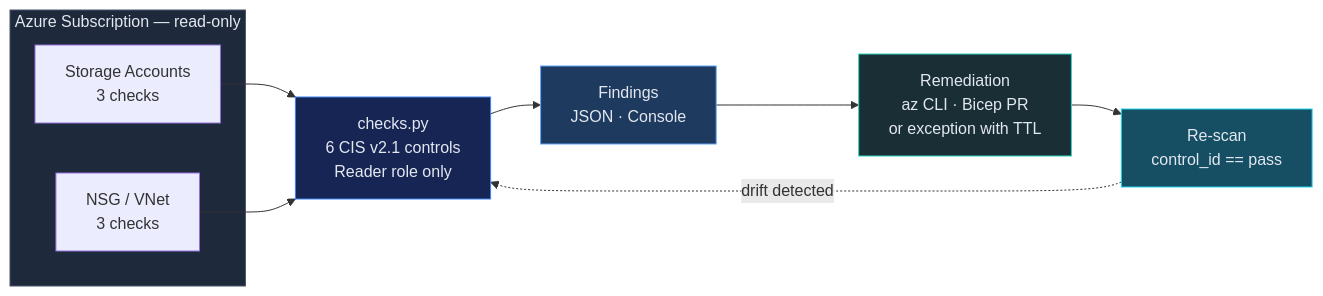
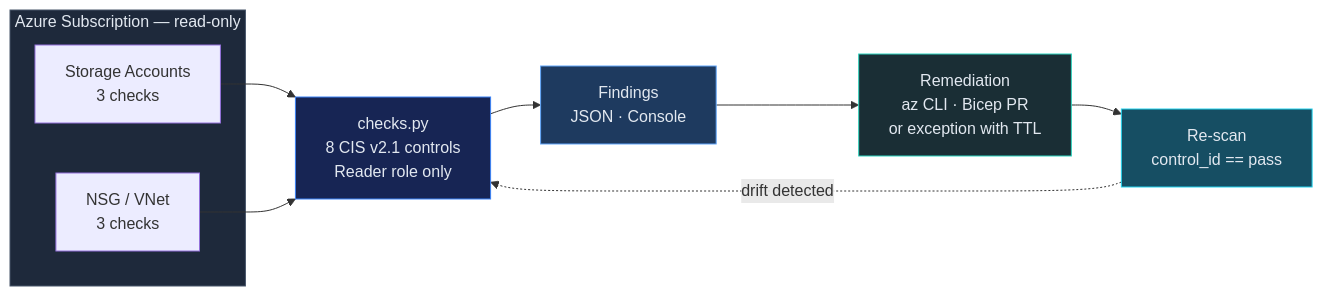
Before and after one commit to msaad00/cloud-ai-security-skills: the diagram in skills/evaluation/cspm-azure-cis-benchmark/SKILL.md, drawn with Mermaid. The commit also changed other lines of this file and 8 other files, not shown here.

````diff
--- a/skills/evaluation/cspm-azure-cis-benchmark/SKILL.md
+++ b/skills/evaluation/cspm-azure-cis-benchmark/SKILL.md
@@ -57,21 +57,21 @@
 ```mermaid
 flowchart LR
     subgraph AZ["Azure Subscription — read-only"]
         STOR["Storage Accounts<br/>3 checks"]
         NSG["NSG / VNet<br/>3 checks"]
     end
 
-    CHK["checks.py<br/>6 CIS v2.1 controls<br/>Reader role only"]
+    CHK["checks.py<br/>8 CIS v2.1 controls<br/>Reader role only"]
     OUT["Findings<br/>JSON · Console"]
     FIX["Remediation<br/>az CLI · Bicep PR<br/>or exception with TTL"]
     VERIFY["Re-scan<br/>control_id == pass"]
 
     STOR & NSG --> CHK --> OUT --> FIX --> VERIFY
     VERIFY -. drift detected .-> CHK
 
     style AZ fill:#1e293b,stroke:#475569,color:#e2e8f0
     style CHK fill:#172554,stroke:#3b82f6,color:#e2e8f0
     style OUT fill:#1e3a5f,stroke:#60a5fa,color:#e2e8f0
     style FIX fill:#1a2e35,stroke:#2dd4bf,color:#e2e8f0
     style VERIFY fill:#164e63,stroke:#22d3ee,color:#e2e8f0
 ```
````
